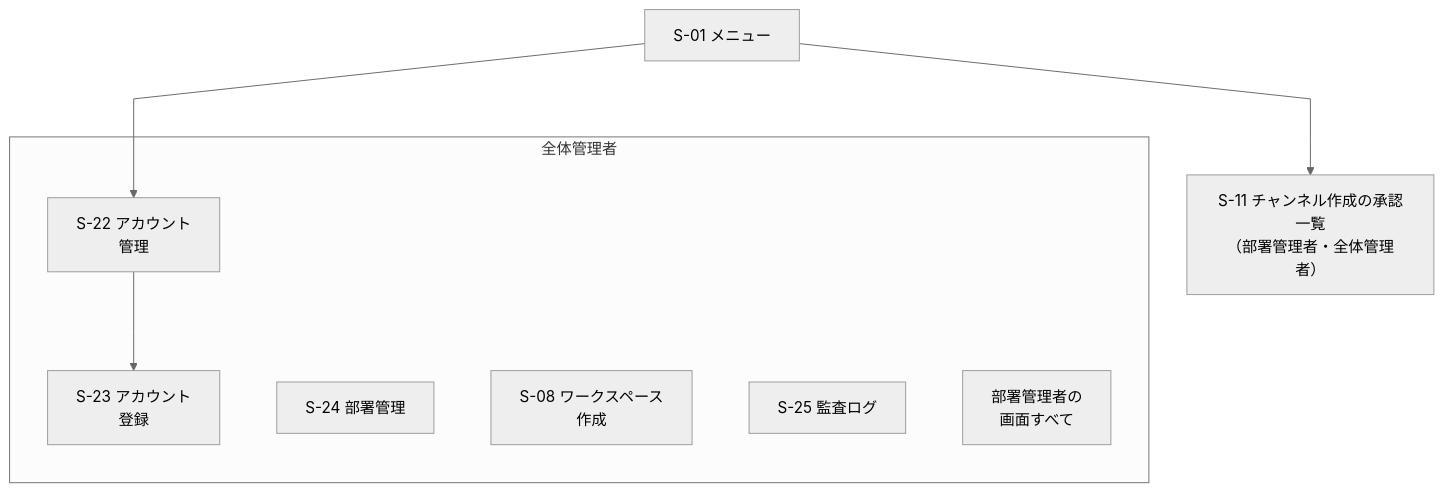
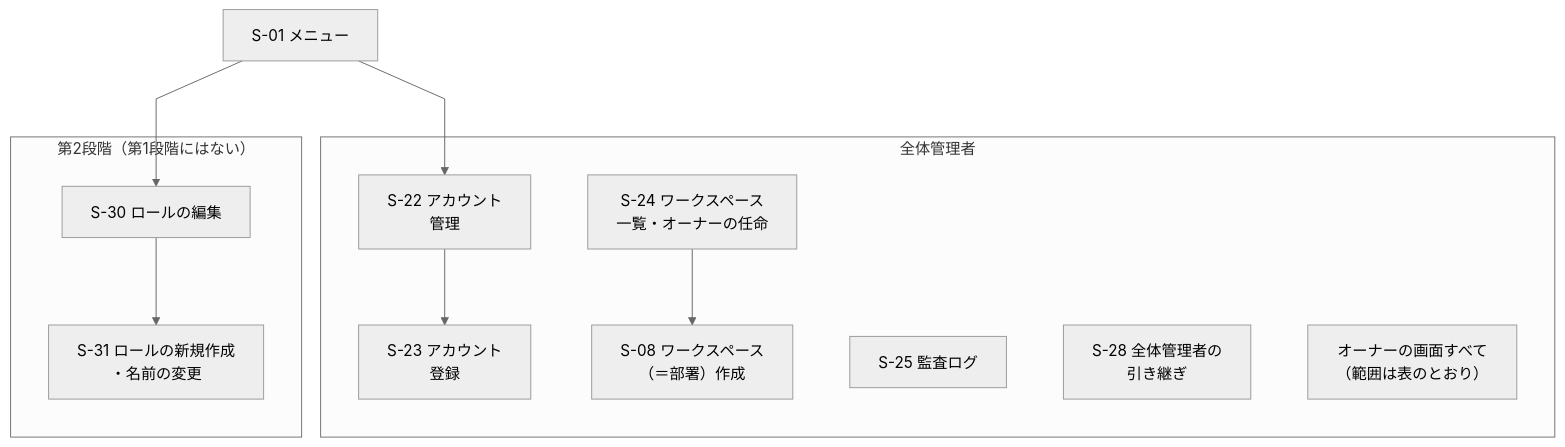
Before and after one commit to yamamotonaoki3/internal-system: the eighth of 12 diagrams in docs/requirements/screens.md, drawn with Mermaid (neutral theme). The commit also changed other lines of this file and 4 other files, not shown here.

````diff
--- a/docs/requirements/screens.md
+++ b/docs/requirements/screens.md
@@ -234,16 +253,23 @@
 ```mermaid
 %%{init: {"flowchart": {"nodeSpacing": 60, "rankSpacing": 80, "curve": "linear", "htmlLabels": true}}}%%
 flowchart TD
-    Menu["S-01 メニュー"] --> S11["S-11 チャンネル作成の承認一覧<br/>（部署管理者・全体管理者）"]
-    Menu --> S22
+    Menu["S-01 メニュー"] --> S22
+    Menu --> S30
 
     subgraph TOP["全体管理者"]
         S22["S-22 アカウント<br/>管理"]
         S23["S-23 アカウント<br/>登録"]
-        S24["S-24 部署管理"]
+        S24["S-24 ワークスペース<br/>一覧・オーナーの任命"]
         S22 --> S23
-        S08["S-08 ワークスペース<br/>作成"]
+        S24 --> S08["S-08 ワークスペース<br/>（＝部署）作成"]
         S25["S-25 監査ログ"]
-        A0["部署管理者の<br/>画面すべて"]
+        S28["S-28 全体管理者の<br/>引き継ぎ"]
+        A0["オーナーの画面すべて<br/>（範囲は表のとおり）"]
+    end
+
+    subgraph PH2["第2段階（第1段階にはない）"]
+        S30["S-30 ロールの編集"]
+        S31["S-31 ロールの新規作成<br/>・名前の変更"]
+        S30 --> S31
     end
 ```
````
